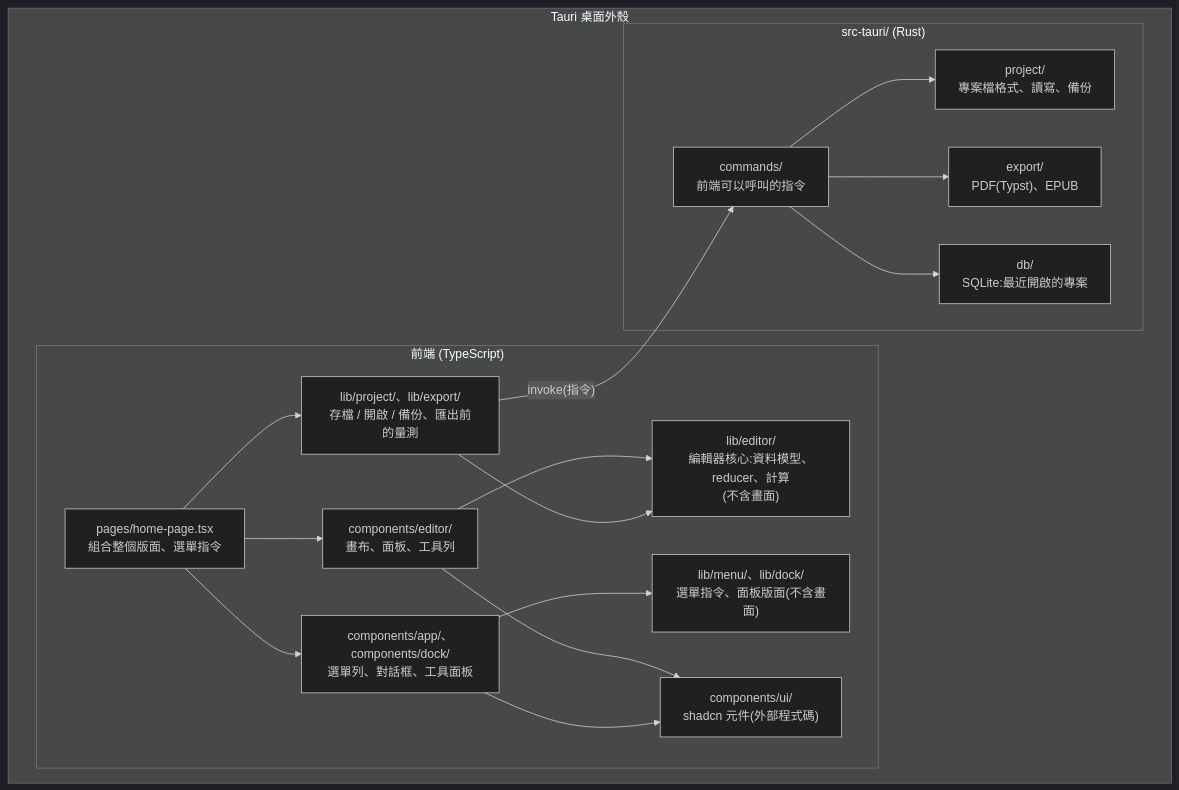
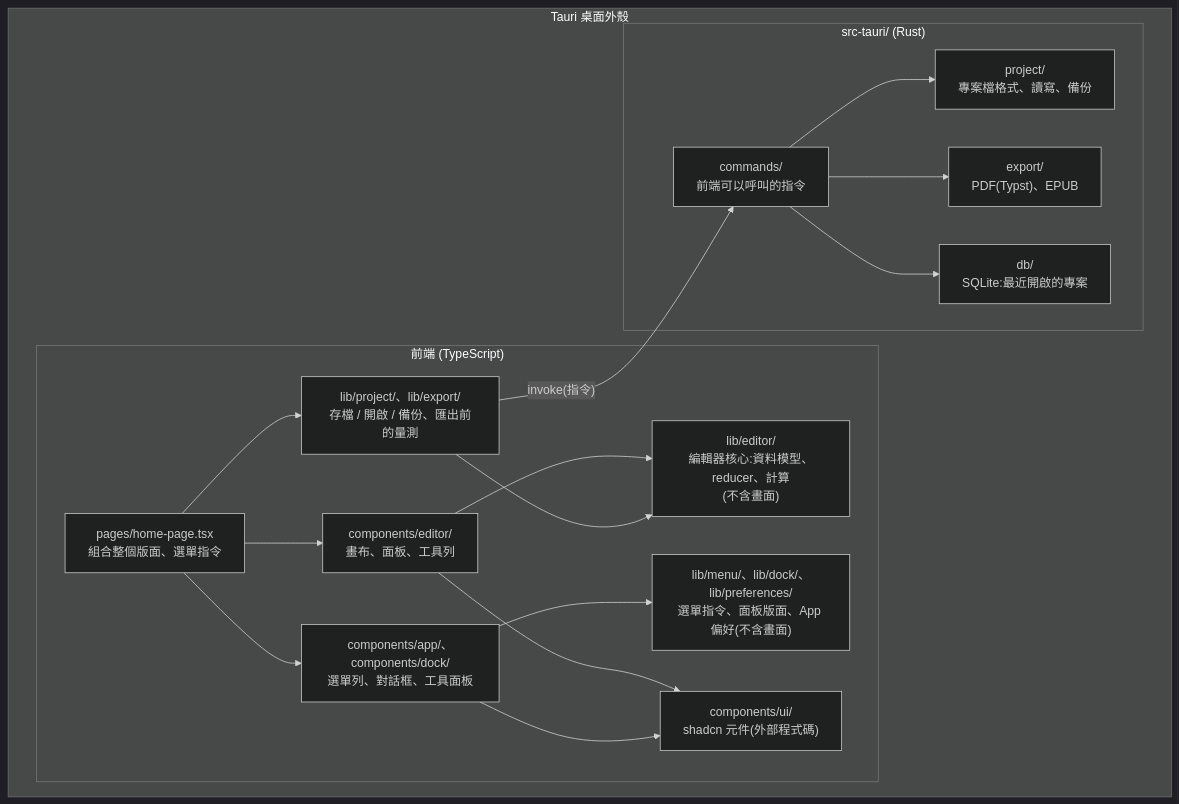
Before and after one commit to dino5168/magazine-editor: the second of 4 diagrams in docs/02-architecture.md, drawn with Mermaid (dark theme). The commit also changed other lines of this file and 34 other files, not shown here.

````diff
--- a/docs/02-architecture.md
+++ b/docs/02-architecture.md
@@ -22,32 +22,32 @@
 ```mermaid
 flowchart TB
     subgraph Tauri["Tauri 桌面外殼"]
         subgraph Front["前端 (TypeScript)"]
             Page["pages/home-page.tsx<br/>組合整個版面、選單指令"]
             Comp["components/editor/<br/>畫布、面板、工具列"]
             AppUI["components/app/、components/dock/<br/>選單列、對話框、工具面板"]
             Core["lib/editor/<br/>編輯器核心:資料模型、reducer、計算<br/>(不含畫面)"]
-            Other["lib/menu/、lib/dock/<br/>選單指令、面板版面(不含畫面)"]
+            Other["lib/menu/、lib/dock/、lib/preferences/<br/>選單指令、面板版面、App 偏好(不含畫面)"]
             Proj["lib/project/、lib/export/<br/>存檔 / 開啟 / 備份、匯出前的量測"]
             UI["components/ui/<br/>shadcn 元件(外部程式碼)"]
             Page --> Comp
             Page --> AppUI
             Page --> Proj
             Comp --> Core
             AppUI --> Other
             Proj --> Core
             Comp --> UI
             AppUI --> UI
         end
         subgraph Rust["src-tauri/ (Rust)"]
             Cmd["commands/<br/>前端可以呼叫的指令"]
             RP["project/<br/>專案檔格式、讀寫、備份"]
             RE["export/<br/>PDF(Typst)、EPUB"]
             DB["db/<br/>SQLite:最近開啟的專案"]
             Cmd --> RP
             Cmd --> RE
             Cmd --> DB
         end
         Proj -- "invoke(指令)" --> Cmd
     end
 ```
````
